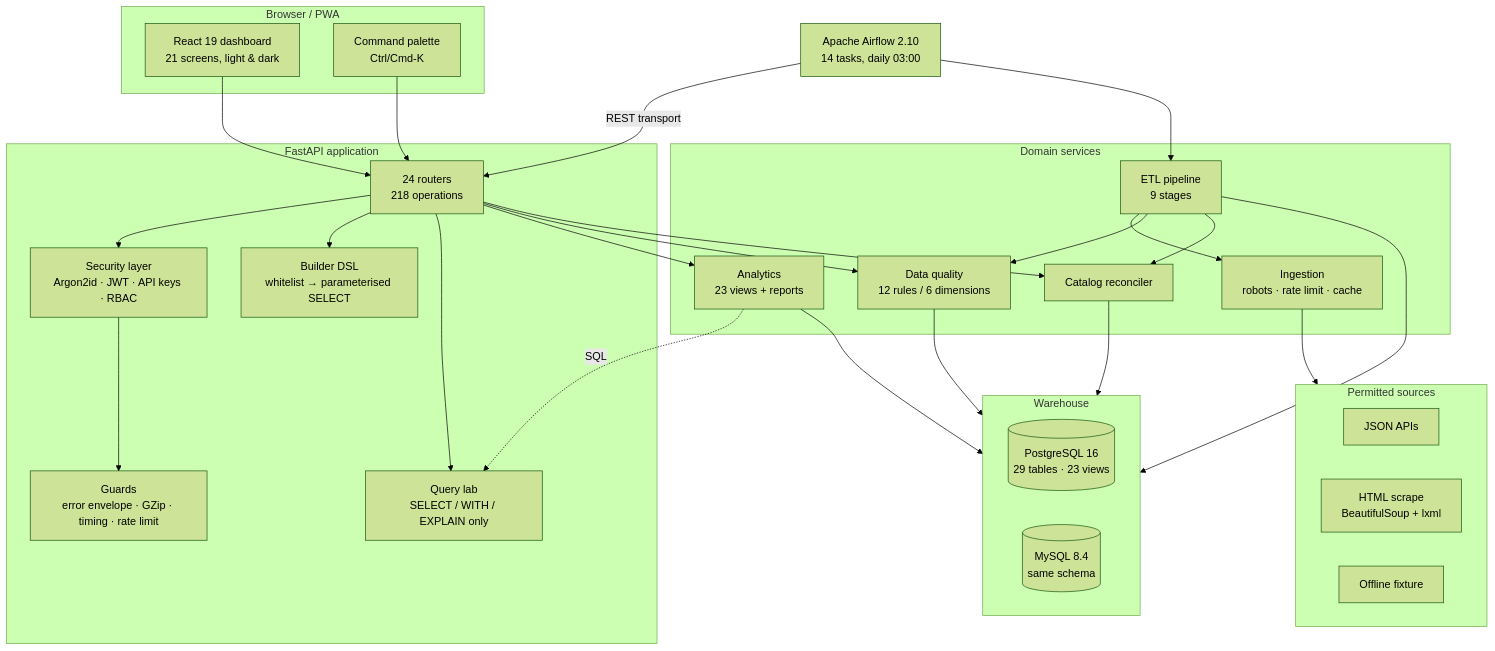
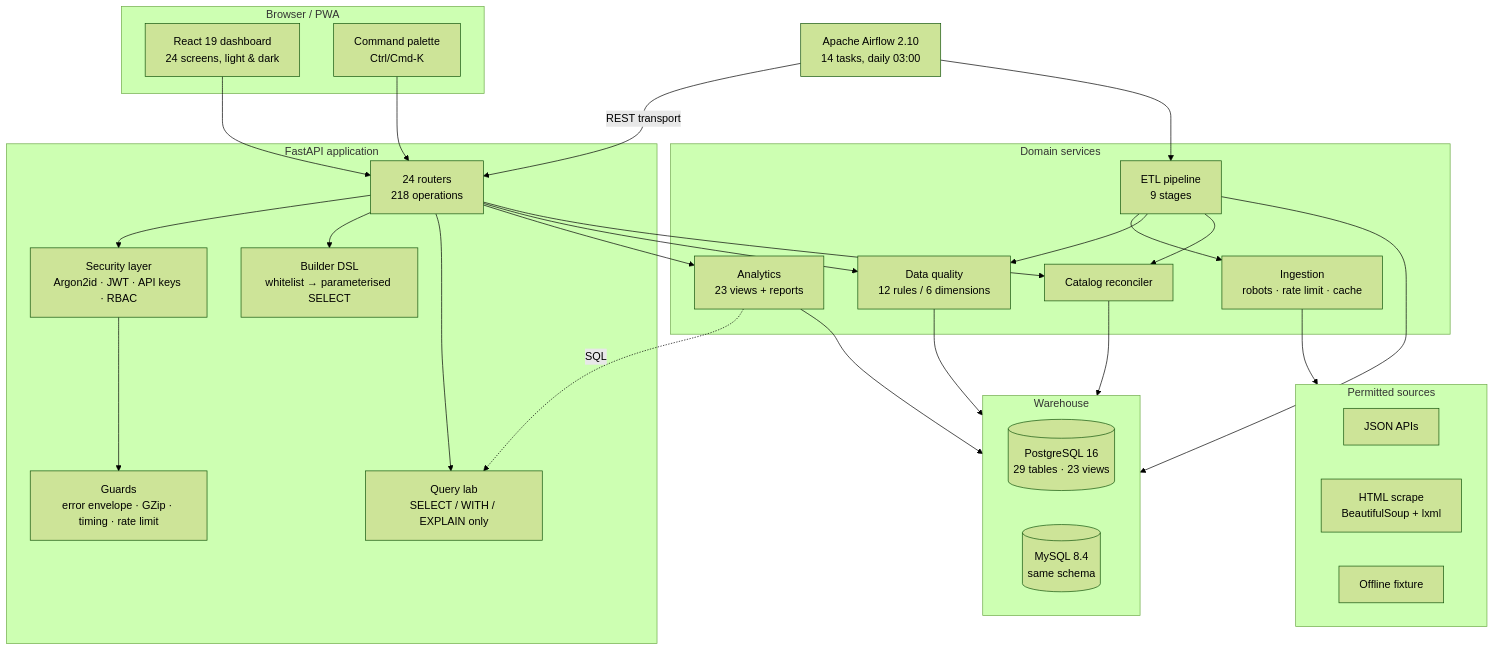
One commit to Ahmedbakr78/Web-to-Warehouse-Product-Intelligence-Pipeline changed diagram 12 of 15 in README.md. Above: the diagram before and after it, drawn with Mermaid (forest theme). The commit also changed other lines of this file, not shown here.

````diff
--- a/README.md
+++ b/README.md
@@ -796,50 +796,50 @@
 ```mermaid
 graph TB
     subgraph Client["Browser / PWA"]
-        DASH["React 19 dashboard<br/>21 screens, light & dark"]
+        DASH["React 19 dashboard<br/>24 screens, light & dark"]
         PAL["Command palette<br/>Ctrl/Cmd-K"]
     end
     subgraph Edge["FastAPI application"]
         ROUTES["24 routers<br/>218 operations"]
         AUTH["Security layer<br/>Argon2id · JWT · API keys · RBAC"]
         GUARD["Guards<br/>error envelope · GZip · timing · rate limit"]
         BUILDER["Builder DSL<br/>whitelist → parameterised SELECT"]
         QLAB["Query lab<br/>SELECT / WITH / EXPLAIN only"]
     end
     subgraph Domain["Domain services"]
         ING["Ingestion<br/>robots · rate limit · cache"]
         ETL["ETL pipeline<br/>9 stages"]
         DQ["Data quality<br/>12 rules / 6 dimensions"]
         AN["Analytics<br/>23 views + reports"]
         REC["Catalog reconciler"]
     end
     subgraph Store["Warehouse"]
         PG[("PostgreSQL 16<br/>29 tables · 23 views")]
         MY[("MySQL 8.4<br/>same schema")]
     end
     subgraph Sources["Permitted sources"]
         S1["JSON APIs"]
         S2["HTML scrape<br/>BeautifulSoup + lxml"]
         S3["Offline fixture"]
     end
     AF["Apache Airflow 2.10<br/>14 tasks, daily 03:00"]
 
     DASH --> ROUTES
     PAL --> ROUTES
     ROUTES --> AUTH --> GUARD
     ROUTES --> BUILDER
     ROUTES --> QLAB
     ROUTES --> AN
     ROUTES --> DQ
     ROUTES --> REC
     ETL --> ING --> Sources
     ETL --> DQ
     ETL --> REC
     ETL --> Store
     AN --> Store
     DQ --> Store
     REC --> Store
     AN -.SQL.-> QLAB
     AF -->|"REST transport"| ROUTES
     AF --> ETL
 ```
````
